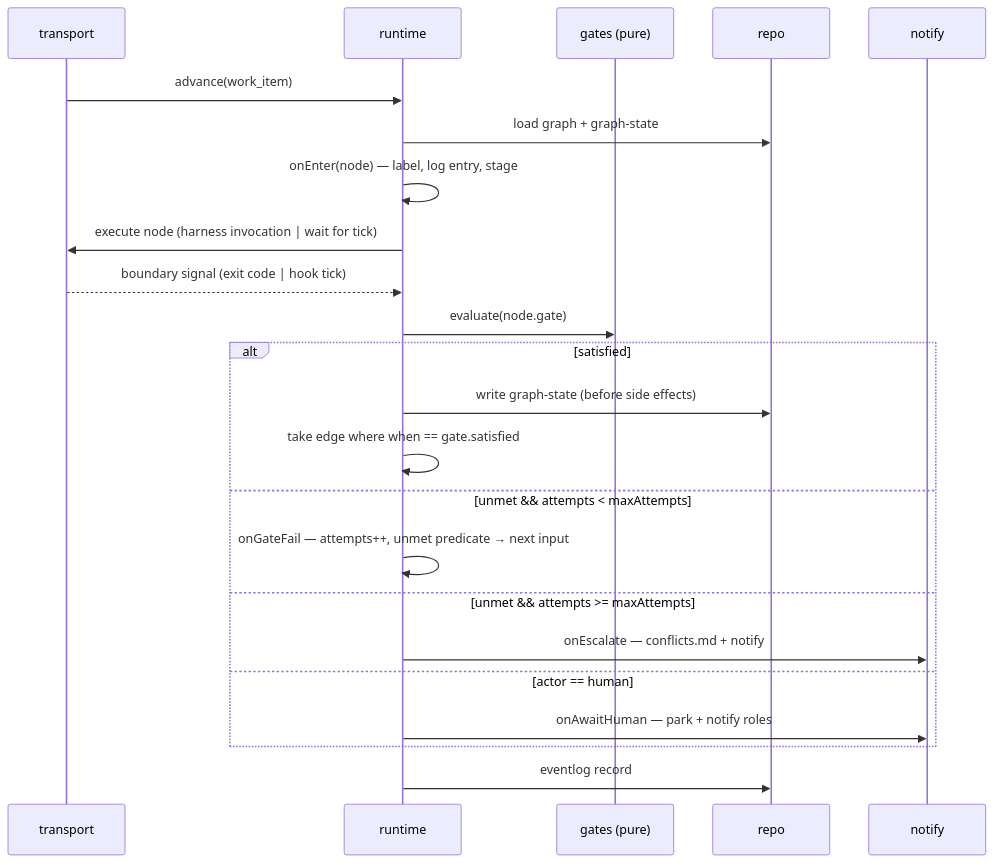
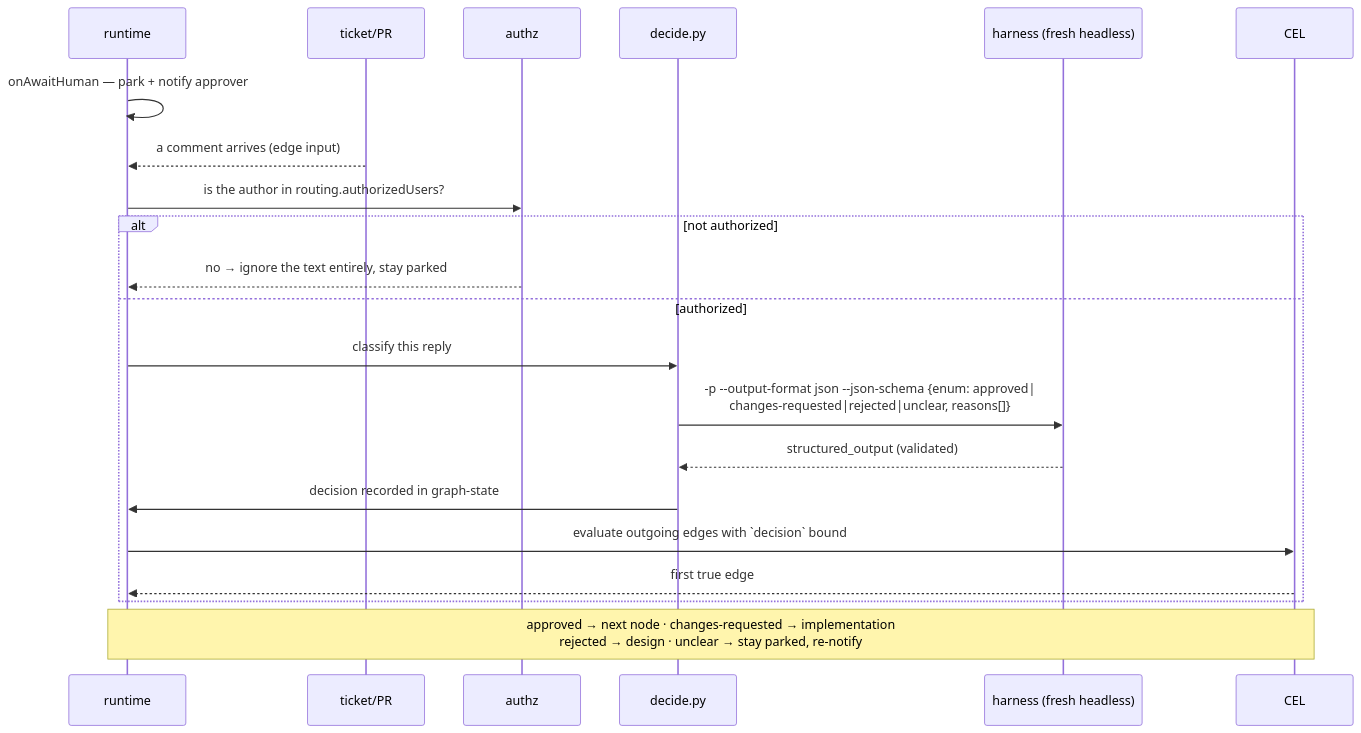
The second of 2 diagrams in docs/specs/issue-109/design.md (MadaraUchiha-314/the-loop), drawn with Mermaid before and after one commit. The commit also changed other lines of this file and 5 other files, not shown here.

````diff
--- a/docs/specs/issue-109/design.md
+++ b/docs/specs/issue-109/design.md
@@ -97,26 +91,24 @@
 ```mermaid
 sequenceDiagram
-    participant T as transport
     participant RT as runtime
-    participant G as gates (pure)
-    participant FS as repo
-    participant N as notify
+    participant GH as ticket/PR
+    participant AZ as authz
+    participant D as decide.py
+    participant H as harness (fresh headless)
+    participant CEL as CEL
 
-    T->>RT: advance(work_item)
-    RT->>FS: load graph + graph-state
-    RT->>RT: onEnter(node) — label, log entry, stage
-    RT->>T: execute node (harness invocation | wait for tick)
-    T-->>RT: boundary signal (exit code | hook tick)
-    RT->>G: evaluate(node.gate)
-    alt satisfied
-        RT->>FS: write graph-state (before side effects)
-        RT->>RT: take edge where when == gate.satisfied
-    else unmet && attempts < maxAttempts
-        RT->>RT: onGateFail — attempts++, unmet predicate → next input
-    else unmet && attempts >= maxAttempts
-        RT->>N: onEscalate — conflicts.md + notify
-    else actor == human
-        RT->>N: onAwaitHuman — park + notify roles
+    RT->>RT: onAwaitHuman — park + notify approver
+    GH-->>RT: a comment arrives (edge input)
+    RT->>AZ: is the author in routing.authorizedUsers?
+    alt not authorized
+        AZ-->>RT: no → ignore the text entirely, stay parked
+    else authorized
+        RT->>D: classify this reply
+        D->>H: -p --output-format json --json-schema {enum: approved|<br/>changes-requested|rejected|unclear, reasons[]}
+        H-->>D: structured_output (validated)
+        D->>RT: decision recorded in graph-state
+        RT->>CEL: evaluate outgoing edges with `decision` bound
+        CEL-->>RT: first true edge
     end
-    RT->>FS: eventlog record
+    Note over RT,CEL: approved → next node · changes-requested → implementation<br/>rejected → design · unclear → stay parked, re-notify
 ```
````
